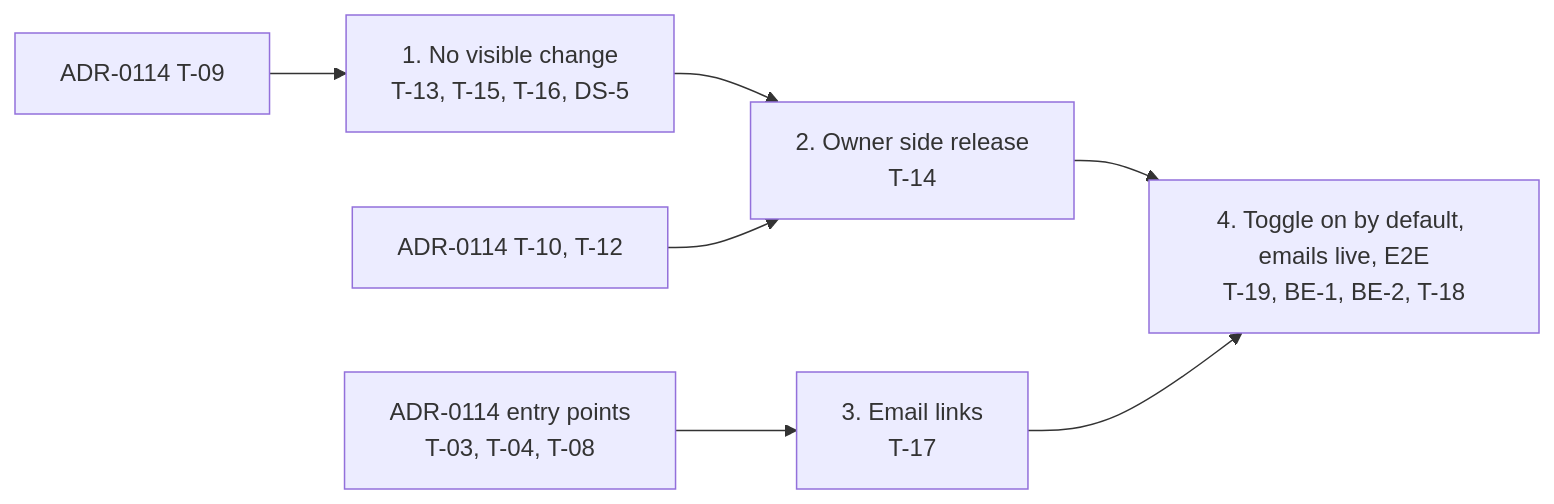
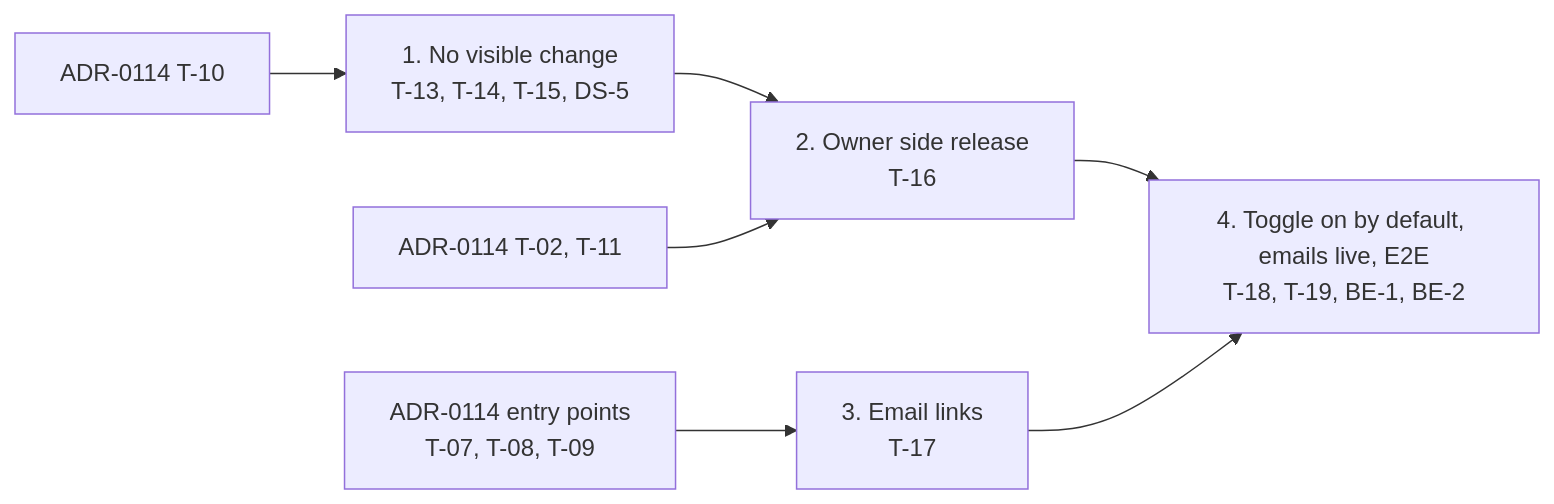
One commit to linagora/tmail-flutter changed the diagram in docs/adr/0115-manage-my-delegates.md. Above: the diagram before and after it, drawn with Mermaid. The commit also changed other lines of this file, not shown here.

Commit message:
fixup! docs(adr): add ADR-0115 for managing my delegates

````diff
--- a/docs/adr/0115-manage-my-delegates.md
+++ b/docs/adr/0115-manage-my-delegates.md
@@ -100,7 +100,7 @@
 ```mermaid
 flowchart LR
-  P1["ADR-0114 T-09"] --> S1["1. No visible change<br/>T-13, T-15, T-16, DS-5"] --> S2["2. Owner side release<br/>T-14"]
-  P2["ADR-0114 T-10, T-12"] --> S2
-  P3["ADR-0114 entry points<br/>T-03, T-04, T-08"] --> S3["3. Email links<br/>T-17"]
-  S2 & S3 --> S4["4. Toggle on by default, emails live, E2E<br/>T-19, BE-1, BE-2, T-18"]
+  P1["ADR-0114 T-10"] --> S1["1. No visible change<br/>T-13, T-14, T-15, DS-5"] --> S2["2. Owner side release<br/>T-16"]
+  P2["ADR-0114 T-02, T-11"] --> S2
+  P3["ADR-0114 entry points<br/>T-07, T-08, T-09"] --> S3["3. Email links<br/>T-17"]
+  S2 & S3 --> S4["4. Toggle on by default, emails live, E2E<br/>T-18, T-19, BE-1, BE-2"]
 ```
````
